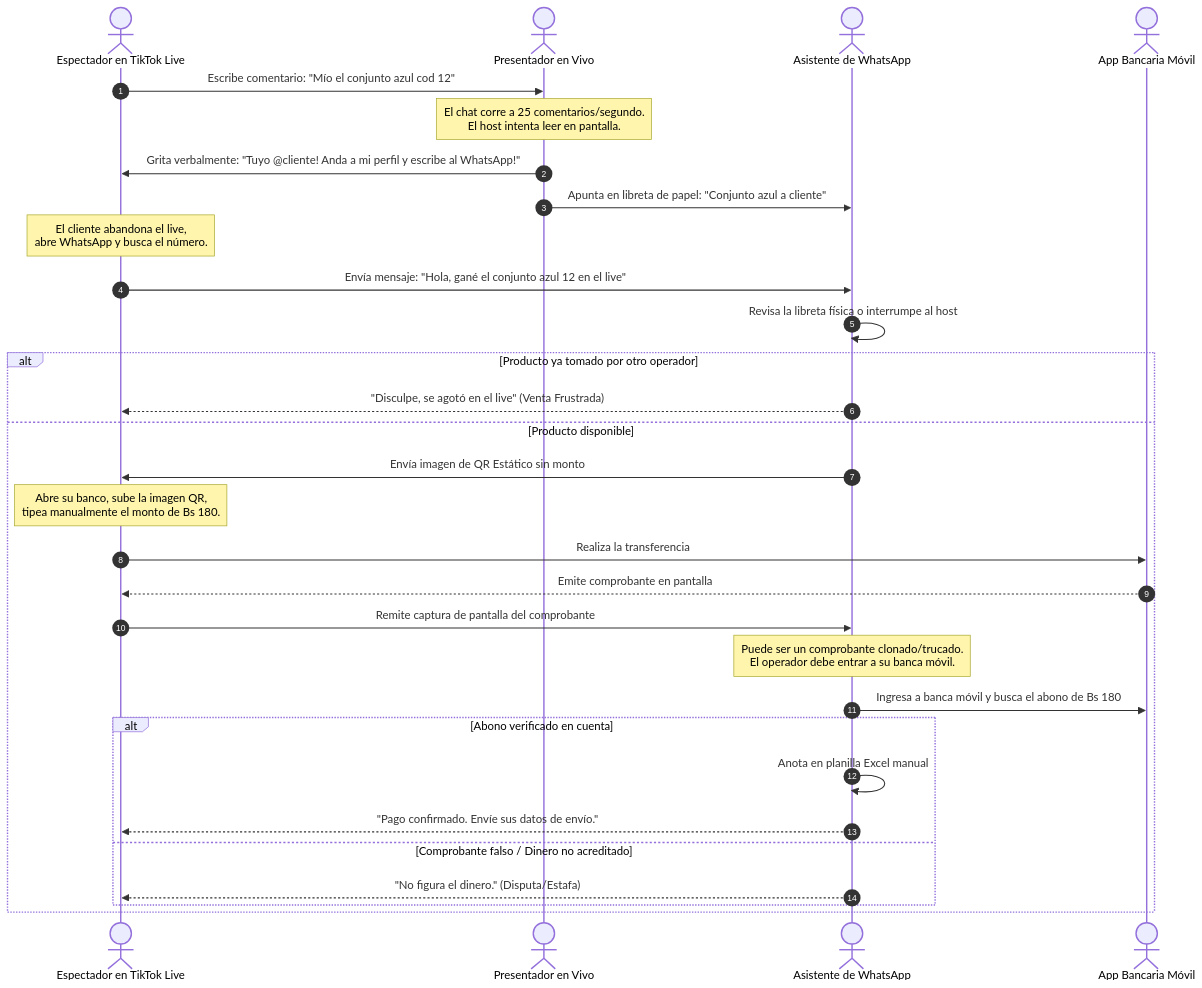
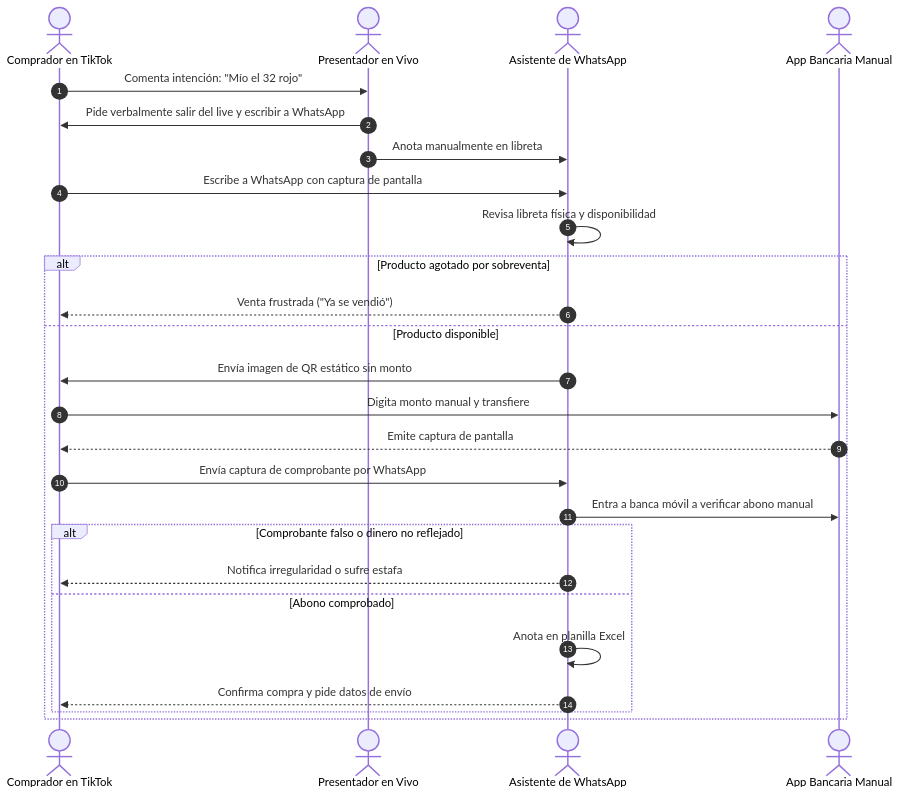
The first of 6 diagrams in README.md (Tsmrain/TiktokSell), drawn with Mermaid before and after one commit. The commit also changed other lines of this file, not shown here.

````diff
--- a/README.md
+++ b/README.md
@@ -224,33 +167,29 @@
 ```mermaid
 sequenceDiagram
     autonumber
-    actor Cliente as Espectador en TikTok Live
+    actor Cliente as Comprador en TikTok
     actor Host as Presentador en Vivo
     actor Operador as Asistente de WhatsApp
-    actor Banca as App Bancaria Móvil
+    actor Banco as App Bancaria Manual
     
-    Cliente->>Host: Escribe comentario: "Mío el conjunto azul cod 12"
-    Note over Host: El chat corre a 25 comentarios/segundo.<br/>El host intenta leer en pantalla.
-    Host->>Cliente: Grita verbalmente: "Tuyo @cliente! Anda a mi perfil y escribe al WhatsApp!"
-    Host->>Operador: Apunta en libreta de papel: "Conjunto azul a cliente"
-    Note over Cliente: El cliente abandona el live,<br/>abre WhatsApp y busca el número.
-    Cliente->>Operador: Envía mensaje: "Hola, gané el conjunto azul 12 en el live"
-    Operador->>Operador: Revisa la libreta física o interrumpe al host
-    alt Producto ya tomado por otro operador
-        Operador-->>Cliente: "Disculpe, se agotó en el live" (Venta Frustrada)
+    Cliente->>Host: Comenta intención: "Mío el 32 rojo"
+    Host->>Cliente: Pide verbalmente salir del live y escribir a WhatsApp
+    Host->>Operador: Anota manualmente en libreta
+    Cliente->>Operador: Escribe a WhatsApp con captura de pantalla
+    Operador->>Operador: Revisa libreta física y disponibilidad
+    alt Producto agotado por sobreventa
+        Operador-->>Cliente: Venta frustrada ("Ya se vendió")
     else Producto disponible
-        Operador->>Cliente: Envía imagen de QR Estático sin monto
-        Note over Cliente: Abre su banco, sube la imagen QR,<br/>tipea manualmente el monto de Bs 180.
-        Cliente->>Banca: Realiza la transferencia
-        Banca-->>Cliente: Emite comprobante en pantalla
-        Cliente->>Operador: Remite captura de pantalla del comprobante
-        Note over Operador: Puede ser un comprobante clonado/trucado.<br/>El operador debe entrar a su banca móvil.
-        Operador->>Banca: Ingresa a banca móvil y busca el abono de Bs 180
-        alt Abono verificado en cuenta
-            Operador->>Operador: Anota en planilla Excel manual
-            Operador-->>Cliente: "Pago confirmado. Envíe sus datos de envío."
-        else Comprobante falso / Dinero no acreditado
-            Operador-->>Cliente: "No figura el dinero." (Disputa/Estafa)
+        Operador->>Cliente: Envía imagen de QR estático sin monto
+        Cliente->>Banco: Digita monto manual y transfiere
+        Banco-->>Cliente: Emite captura de pantalla
+        Cliente->>Operador: Envía captura de comprobante por WhatsApp
+        Operador->>Banco: Entra a banca móvil a verificar abono manual
+        alt Comprobante falso o dinero no reflejado
+            Operador-->>Cliente: Notifica irregularidad o sufre estafa
+        else Abono comprobado
+            Operador->>Operador: Anota en planilla Excel
+            Operador-->>Cliente: Confirma compra y pide datos de envío
         end
     end
 ```
````
